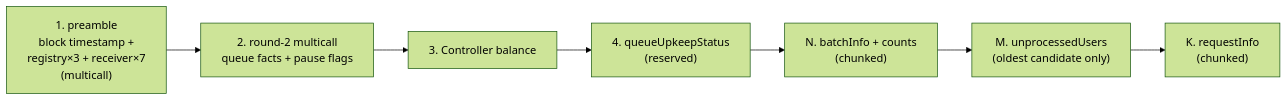
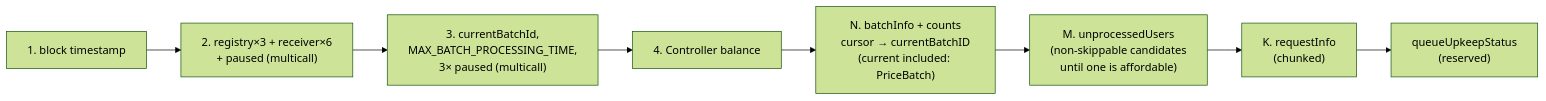
The second of 3 diagrams in blueprints/05-read-budget.md (everstrat-xyz/keepers), drawn with Mermaid (forest theme) before and after one commit. The commit also changed other lines of this file and 16 other files, not shown here.

Commit message:
fix: w1 batch candidate selection + w2 ETH needs scan

````diff
--- a/blueprints/05-read-budget.md
+++ b/blueprints/05-read-budget.md
@@ -37,9 +37,10 @@
 ```mermaid
 flowchart LR
-    R1["1. preamble<br/>block timestamp +<br/>registry×3 + receiver×7<br/>(multicall)"] --> R2["2. round-2 multicall<br/>queue facts + pause flags"]
-    R2 --> R3["3. Controller balance"]
-    R3 --> R4["4. queueUpkeepStatus<br/>(reserved)"]
-    R4 --> R5["N. batchInfo + counts<br/>(chunked)"]
-    R5 --> R6["M. unprocessedUsers<br/>(oldest candidate only)"]
+    R1["1. block timestamp"] --> R2["2. registry×3 + receiver×6<br/>+ paused (multicall)"]
+    R2 --> R3["3. currentBatchId,<br/>MAX_BATCH_PROCESSING_TIME,<br/>3× paused (multicall)"]
+    R3 --> R4["4. Controller balance"]
+    R4 --> R5["N. batchInfo + counts<br/>cursor → currentBatchID<br/>(current included: PriceBatch)"]
+    R5 --> R6["M. unprocessedUsers<br/>(non-skippable candidates<br/>until one is affordable)"]
     R6 --> R7["K. requestInfo<br/>(chunked)"]
+    R7 --> R8["queueUpkeepStatus<br/>(reserved)"]
 ```
````
